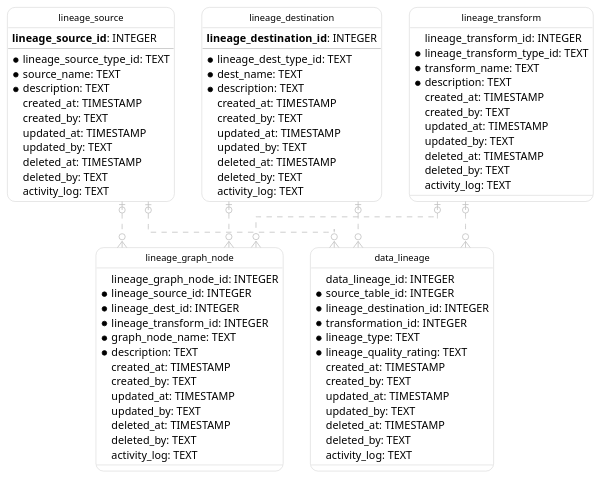
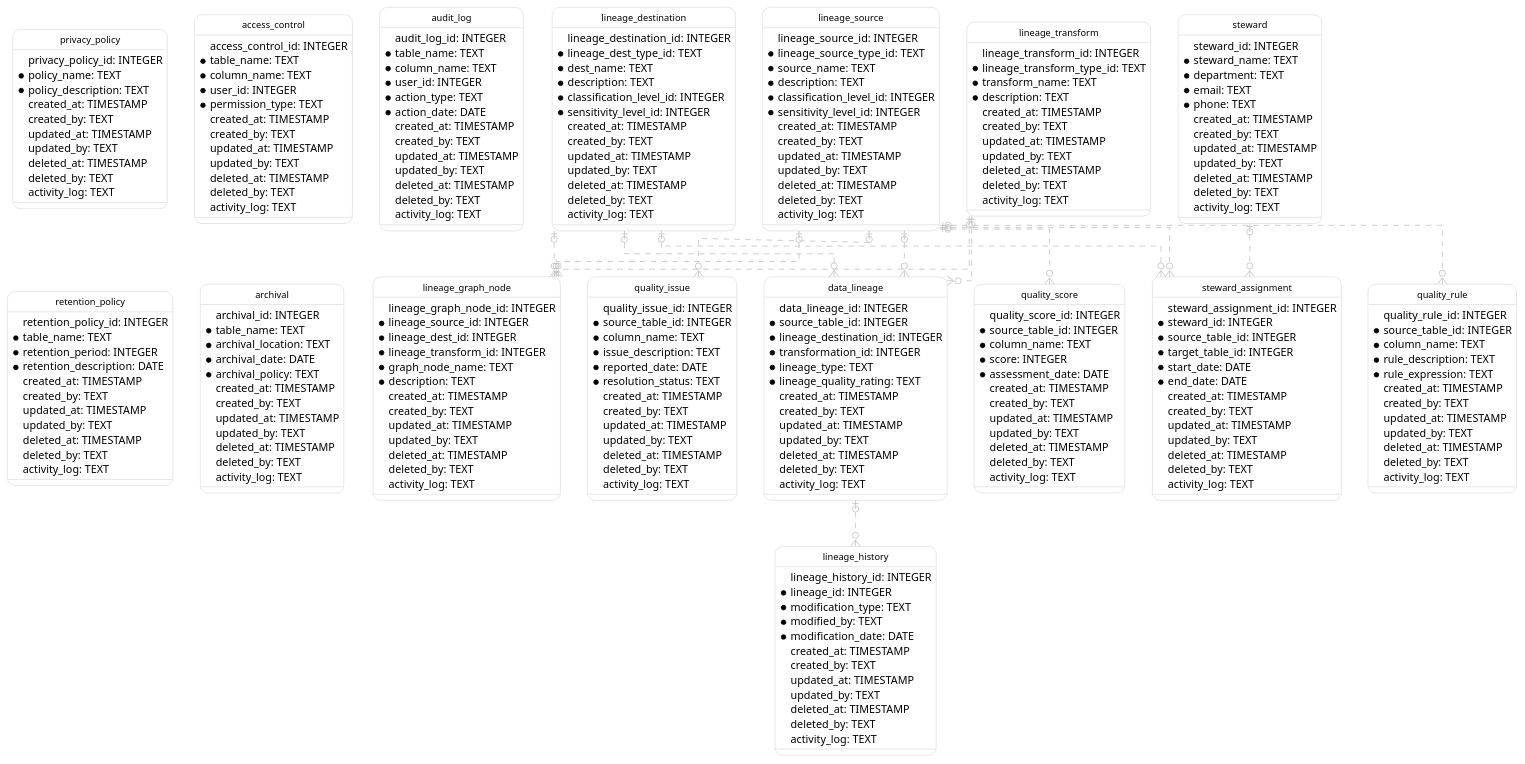
One commit to netspective-labs/sql-aide changed the diagram in pattern/quality-system/models_test.fixture.puml. Above: the diagram before and after it, drawn with PlantUML. The commit also changed 4 other files, not shown here.

Commit message:
feat: update table for data lineage #104

```diff
--- a/pattern/quality-system/models_test.fixture.puml
+++ b/pattern/quality-system/models_test.fixture.puml
@@ -11,11 +11,12 @@
   }
 
   entity "lineage_source" as lineage_source {
-      **lineage_source_id**: INTEGER
-    --
+      lineage_source_id: INTEGER
     * lineage_source_type_id: TEXT
     * source_name: TEXT
     * description: TEXT
+    * classification_level_id: INTEGER
+    * sensitivity_level_id: INTEGER
       created_at: TIMESTAMP
       created_by: TEXT
       updated_at: TIMESTAMP
@@ -26,11 +27,12 @@
   }
 
   entity "lineage_destination" as lineage_destination {
-      **lineage_destination_id**: INTEGER
-    --
+      lineage_destination_id: INTEGER
     * lineage_dest_type_id: TEXT
     * dest_name: TEXT
     * description: TEXT
+    * classification_level_id: INTEGER
+    * sensitivity_level_id: INTEGER
       created_at: TIMESTAMP
       created_by: TEXT
       updated_at: TIMESTAMP
@@ -86,10 +88,182 @@
       activity_log: TEXT
   }
 
+  entity "steward" as steward {
+      steward_id: INTEGER
+    * steward_name: TEXT
+    * department: TEXT
+    * email: TEXT
+    * phone: TEXT
+      created_at: TIMESTAMP
+      created_by: TEXT
+      updated_at: TIMESTAMP
+      updated_by: TEXT
+      deleted_at: TIMESTAMP
+      deleted_by: TEXT
+      activity_log: TEXT
+  }
+
+  entity "steward_assignment" as steward_assignment {
+      steward_assignment_id: INTEGER
+    * steward_id: INTEGER
+    * source_table_id: INTEGER
+    * target_table_id: INTEGER
+    * start_date: DATE
+    * end_date: DATE
+      created_at: TIMESTAMP
+      created_by: TEXT
+      updated_at: TIMESTAMP
+      updated_by: TEXT
+      deleted_at: TIMESTAMP
+      deleted_by: TEXT
+      activity_log: TEXT
+  }
+
+  entity "quality_issue" as quality_issue {
+      quality_issue_id: INTEGER
+    * source_table_id: INTEGER
+    * column_name: TEXT
+    * issue_description: TEXT
+    * reported_date: DATE
+    * resolution_status: TEXT
+      created_at: TIMESTAMP
+      created_by: TEXT
+      updated_at: TIMESTAMP
+      updated_by: TEXT
+      deleted_at: TIMESTAMP
+      deleted_by: TEXT
+      activity_log: TEXT
+  }
+
+  entity "quality_rule" as quality_rule {
+      quality_rule_id: INTEGER
+    * source_table_id: INTEGER
+    * column_name: TEXT
+    * rule_description: TEXT
+    * rule_expression: TEXT
+      created_at: TIMESTAMP
+      created_by: TEXT
+      updated_at: TIMESTAMP
+      updated_by: TEXT
+      deleted_at: TIMESTAMP
+      deleted_by: TEXT
+      activity_log: TEXT
+  }
+
+  entity "quality_score" as quality_score {
+      quality_score_id: INTEGER
+    * source_table_id: INTEGER
+    * column_name: TEXT
+    * score: INTEGER
+    * assessment_date: DATE
+      created_at: TIMESTAMP
+      created_by: TEXT
+      updated_at: TIMESTAMP
+      updated_by: TEXT
+      deleted_at: TIMESTAMP
+      deleted_by: TEXT
+      activity_log: TEXT
+  }
+
+  entity "privacy_policy" as privacy_policy {
+      privacy_policy_id: INTEGER
+    * policy_name: TEXT
+    * policy_description: TEXT
+      created_at: TIMESTAMP
+      created_by: TEXT
+      updated_at: TIMESTAMP
+      updated_by: TEXT
+      deleted_at: TIMESTAMP
+      deleted_by: TEXT
+      activity_log: TEXT
+  }
+
+  entity "access_control" as access_control {
+      access_control_id: INTEGER
+    * table_name: TEXT
+    * column_name: TEXT
+    * user_id: INTEGER
+    * permission_type: TEXT
+      created_at: TIMESTAMP
+      created_by: TEXT
+      updated_at: TIMESTAMP
+      updated_by: TEXT
+      deleted_at: TIMESTAMP
+      deleted_by: TEXT
+      activity_log: TEXT
+  }
+
+  entity "audit_log" as audit_log {
+      audit_log_id: INTEGER
+    * table_name: TEXT
+    * column_name: TEXT
+    * user_id: INTEGER
+    * action_type: TEXT
+    * action_date: DATE
+      created_at: TIMESTAMP
+      created_by: TEXT
+      updated_at: TIMESTAMP
+      updated_by: TEXT
+      deleted_at: TIMESTAMP
+      deleted_by: TEXT
+      activity_log: TEXT
+  }
+
+  entity "retention_policy" as retention_policy {
+      retention_policy_id: INTEGER
+    * table_name: TEXT
+    * retention_period: INTEGER
+    * retention_description: DATE
+      created_at: TIMESTAMP
+      created_by: TEXT
+      updated_at: TIMESTAMP
+      updated_by: TEXT
+      deleted_at: TIMESTAMP
+      deleted_by: TEXT
+      activity_log: TEXT
+  }
+
+  entity "archival" as archival {
+      archival_id: INTEGER
+    * table_name: TEXT
+    * archival_location: TEXT
+    * archival_date: DATE
+    * archival_policy: TEXT
+      created_at: TIMESTAMP
+      created_by: TEXT
+      updated_at: TIMESTAMP
+      updated_by: TEXT
+      deleted_at: TIMESTAMP
+      deleted_by: TEXT
+      activity_log: TEXT
+  }
+
+  entity "lineage_history" as lineage_history {
+      lineage_history_id: INTEGER
+    * lineage_id: INTEGER
+    * modification_type: TEXT
+    * modified_by: TEXT
+    * modification_date: DATE
+      created_at: TIMESTAMP
+      created_by: TEXT
+      updated_at: TIMESTAMP
+      updated_by: TEXT
+      deleted_at: TIMESTAMP
+      deleted_by: TEXT
+      activity_log: TEXT
+  }
+
   lineage_source |o..o{ lineage_graph_node
   lineage_destination |o..o{ lineage_graph_node
   lineage_transform |o..o{ lineage_graph_node
   lineage_source |o..o{ data_lineage
   lineage_destination |o..o{ data_lineage
   lineage_transform |o..o{ data_lineage
+  steward |o..o{ steward_assignment
+  lineage_source |o..o{ steward_assignment
+  lineage_destination |o..o{ steward_assignment
+  lineage_source |o..o{ quality_issue
+  lineage_source |o..o{ quality_rule
+  lineage_source |o..o{ quality_score
+  data_lineage |o..o{ lineage_history
 @enduml
```
